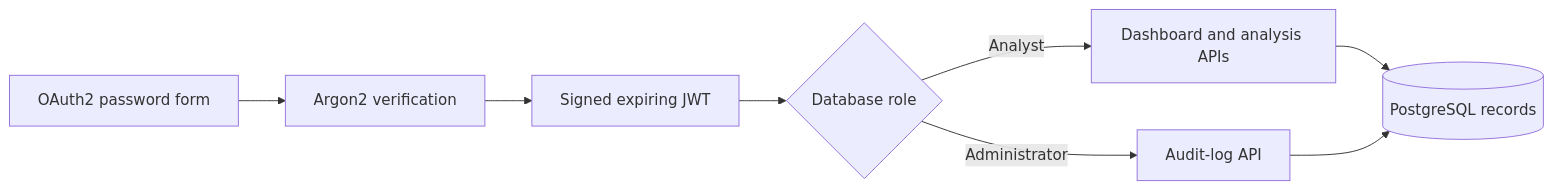
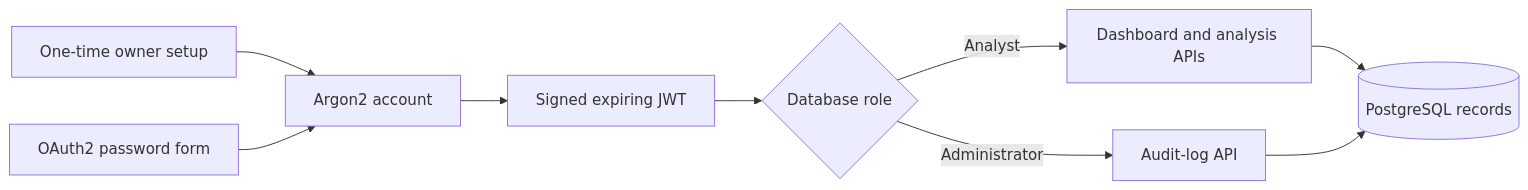
The third of 5 diagrams in docs/architecture.md (pranayreddy-08/major-project), drawn with Mermaid before and after one commit. The commit also changed other lines of this file and 56 other files, not shown here.

````diff
--- a/docs/architecture.md
+++ b/docs/architecture.md
@@ -37,10 +39,11 @@
 ```mermaid
 flowchart LR
-    Login[OAuth2 password form] --> Auth[Argon2 verification]
+    Setup[One-time owner setup] --> Auth[Argon2 account]
+    Login[OAuth2 password form] --> Auth
     Auth --> Token[Signed expiring JWT]
     Token --> RBAC{Database role}
     RBAC -->|Analyst| Dashboard[Dashboard and analysis APIs]
     RBAC -->|Administrator| Audit[Audit-log API]
     Dashboard --> Store[(PostgreSQL records)]
     Audit --> Store
 ```
````
